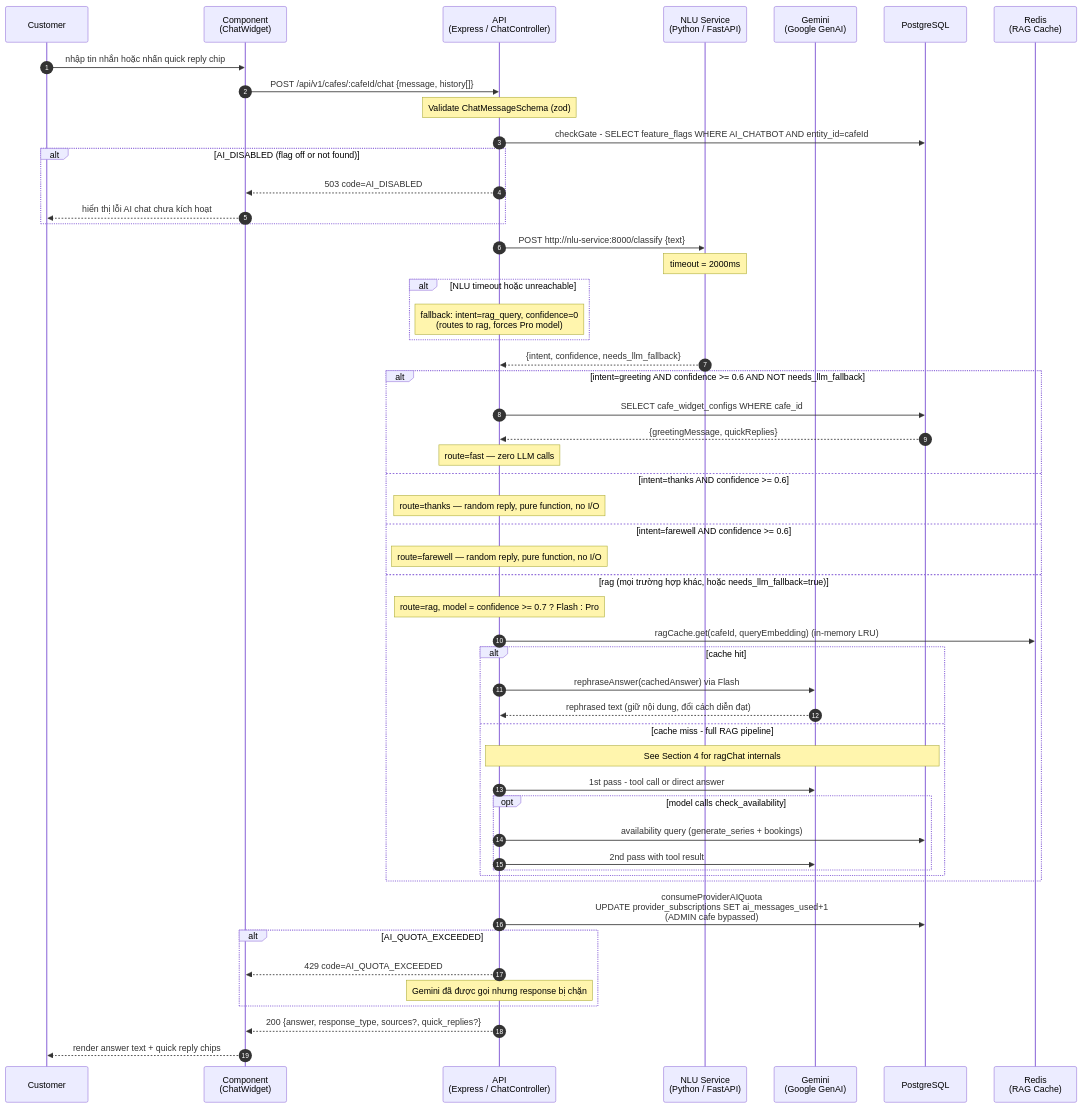
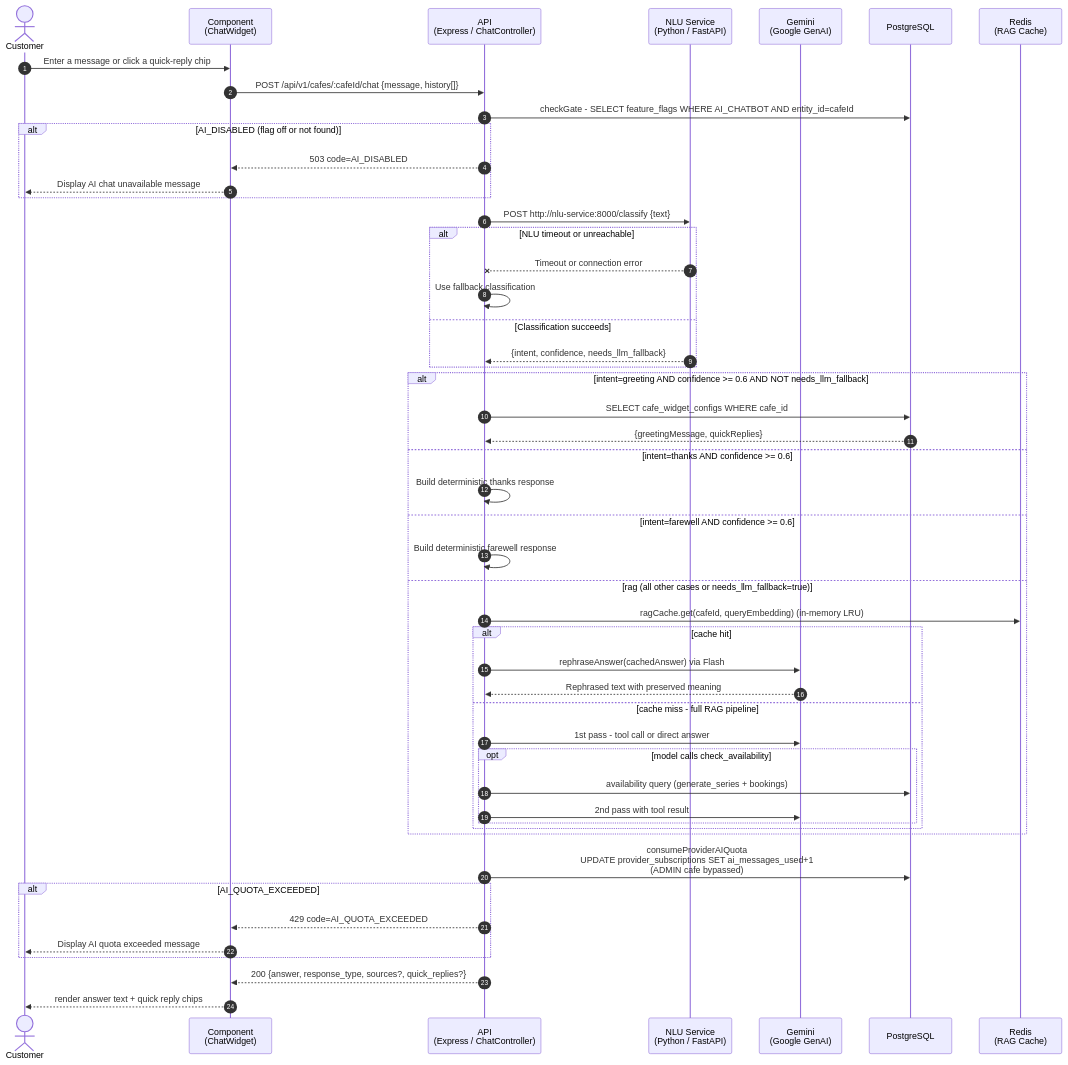
Before and after one commit to tomishere0712/rcfield-platform: the first of 8 diagrams in docs/diagrams/sequence/sequence-flow-rag-chat.md, drawn with Mermaid. The commit also changed other lines of this file and 21 other files, not shown here.

````diff
--- a/docs/diagrams/sequence/sequence-flow-rag-chat.md
+++ b/docs/diagrams/sequence/sequence-flow-rag-chat.md
@@ -32,62 +32,59 @@
 ```mermaid
 sequenceDiagram
     autonumber
-    participant U as Customer
+    actor U as Customer
     participant M as Component<br/>(ChatWidget)
     participant B as API<br/>(Express / ChatController)
     participant NLU as NLU Service<br/>(Python / FastAPI)
     participant GEM as Gemini<br/>(Google GenAI)
     participant DB as PostgreSQL
     participant RC as Redis<br/>(RAG Cache)
 
-    U->>M: nhập tin nhắn hoặc nhấn quick reply chip
+    U->>M: Enter a message or click a quick-reply chip
     M->>B: POST /api/v1/cafes/:cafeId/chat {message, history[]}
 
-    Note over B: Validate ChatMessageSchema (zod)
 
     B->>DB: checkGate - SELECT feature_flags WHERE AI_CHATBOT AND entity_id=cafeId
     alt AI_DISABLED (flag off or not found)
         B-->>M: 503 code=AI_DISABLED
-        M-->>U: hiển thị lỗi AI chat chưa kích hoạt
+        M-->>U: Display AI chat unavailable message
     end
 
     B->>NLU: POST http://nlu-service:8000/classify {text}
-    Note over NLU: timeout = 2000ms
-    alt NLU timeout hoặc unreachable
-        Note over B: fallback: intent=rag_query, confidence=0<br/>(routes to rag, forces Pro model)
+    alt NLU timeout or unreachable
+        NLU--xB: Timeout or connection error
+        B->>B: Use fallback classification
+    else Classification succeeds
+        NLU-->>B: {intent, confidence, needs_llm_fallback}
     end
-    NLU-->>B: {intent, confidence, needs_llm_fallback}
 
     alt intent=greeting AND confidence >= 0.6 AND NOT needs_llm_fallback
         B->>DB: SELECT cafe_widget_configs WHERE cafe_id
         DB-->>B: {greetingMessage, quickReplies}
-        Note over B: route=fast — zero LLM calls
     else intent=thanks AND confidence >= 0.6
-        Note over B: route=thanks — random reply, pure function, no I/O
+        B->>B: Build deterministic thanks response
     else intent=farewell AND confidence >= 0.6
-        Note over B: route=farewell — random reply, pure function, no I/O
-    else rag (mọi trường hợp khác, hoặc needs_llm_fallback=true)
-        Note over B: route=rag, model = confidence >= 0.7 ? Flash : Pro
+        B->>B: Build deterministic farewell response
+    else rag (all other cases or needs_llm_fallback=true)
         B->>RC: ragCache.get(cafeId, queryEmbedding) (in-memory LRU)
         alt cache hit
             B->>GEM: rephraseAnswer(cachedAnswer) via Flash
-            GEM-->>B: rephrased text (giữ nội dung, đổi cách diễn đạt)
+            GEM-->>B: Rephrased text with preserved meaning
         else cache miss - full RAG pipeline
-            Note over B,DB: See Section 4 for ragChat internals
             B->>GEM: 1st pass - tool call or direct answer
             opt model calls check_availability
                 B->>DB: availability query (generate_series + bookings)
                 B->>GEM: 2nd pass with tool result
             end
         end
     end
 
     B->>DB: consumeProviderAIQuota<br/>UPDATE provider_subscriptions SET ai_messages_used+1<br/>(ADMIN cafe bypassed)
     alt AI_QUOTA_EXCEEDED
         B-->>M: 429 code=AI_QUOTA_EXCEEDED
-        Note over B: Gemini đã được gọi nhưng response bị chặn
+        M-->>U: Display AI quota exceeded message
     end
 
     B-->>M: 200 {answer, response_type, sources?, quick_replies?}
     M-->>U: render answer text + quick reply chips
 ```
````
